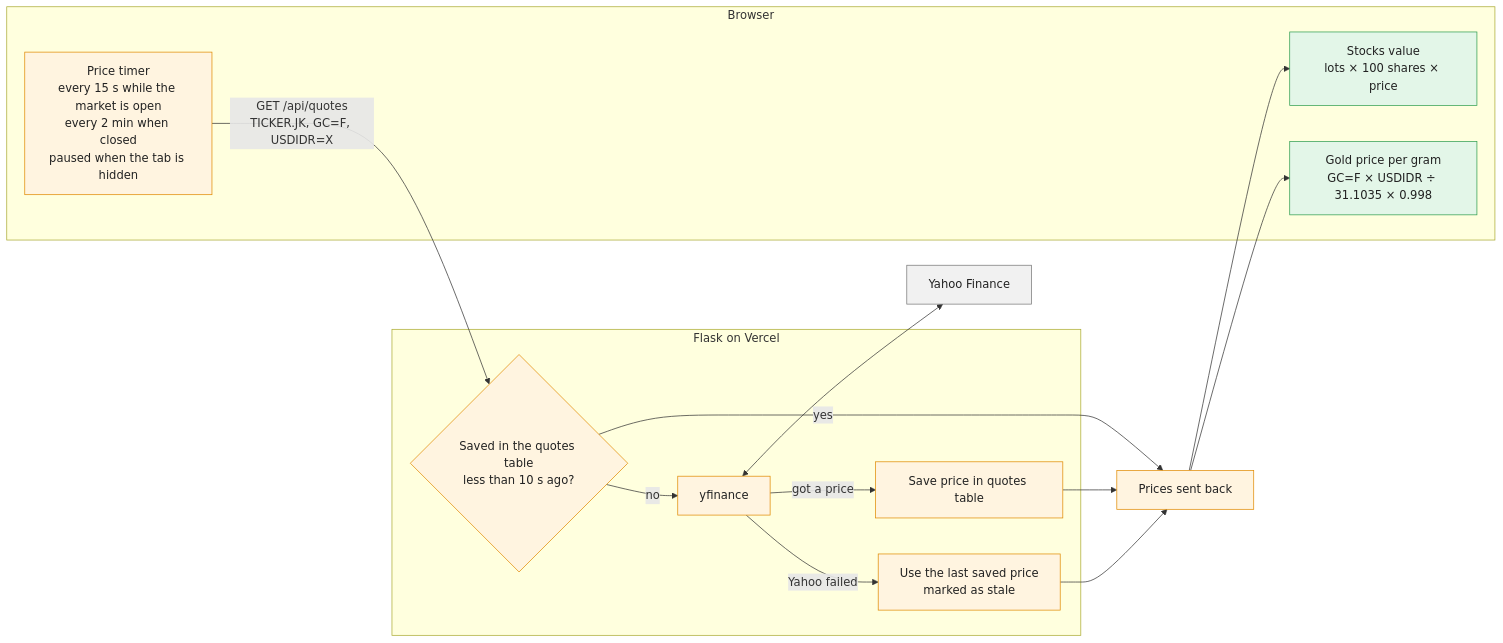
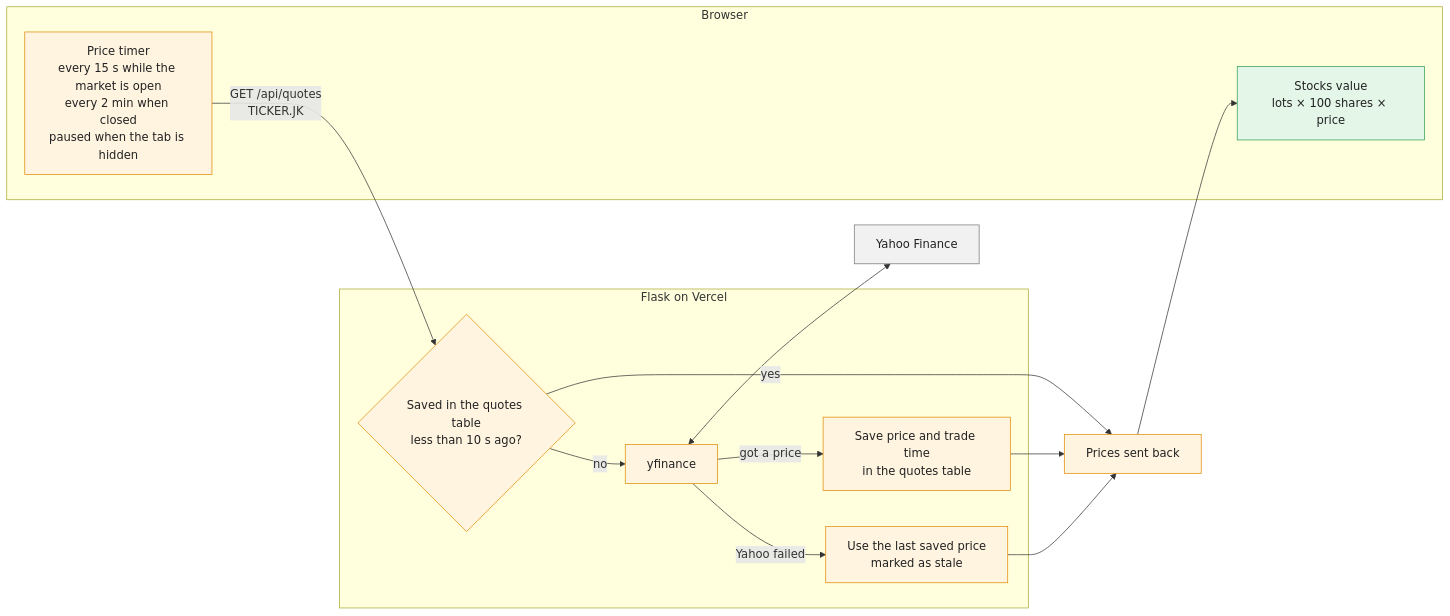
The fifth of 9 diagrams in README.md (darren7753/Personal-Finance), drawn with Mermaid before and after one commit. The commit also changed other lines of this file, not shown here.

Commit message:
README: Treasury gold feed, Stockbit-exact stock maths, Finance summary picture, updated diagrams

````diff
--- a/README.md
+++ b/README.md
@@ -166,33 +175,31 @@
 ```mermaid
 flowchart LR
     subgraph browser["Browser"]
         POLL["Price timer<br/>every 15 s while the market is open<br/>every 2 min when closed<br/>paused when the tab is hidden"]
         STK["Stocks value<br/>lots × 100 shares × price"]
-        GLD["Gold price per gram<br/>GC=F × USDIDR ÷ 31.1035 × 0.998"]
     end
 
     subgraph server["Flask on Vercel"]
         CHK{"Saved in the quotes table<br/>less than 10 s ago?"}
         YF["yfinance"]
-        SAVE["Save price in quotes table"]
+        SAVE["Save price and trade time<br/>in the quotes table"]
         OLD["Use the last saved price<br/>marked as stale"]
     end
 
     YAHOO["Yahoo Finance"]
 
-    POLL -- "GET /api/quotes<br/>TICKER.JK, GC=F, USDIDR=X" --> CHK
+    POLL -- "GET /api/quotes<br/>TICKER.JK" --> CHK
     CHK -- "yes" --> OUT["Prices sent back"]
     CHK -- "no" --> YF
     YF <--> YAHOO
     YF -- "got a price" --> SAVE --> OUT
     YF -- "Yahoo failed" --> OLD --> OUT
     OUT --> STK
-    OUT --> GLD
 
     classDef app fill:#fff4e0,stroke:#e08a00,color:#222
     classDef ext fill:#f1f1f1,stroke:#777,color:#222
     classDef calc fill:#e3f6e8,stroke:#2e9d4f,color:#222
     class POLL,CHK,YF,SAVE,OLD,OUT app
     class YAHOO ext
-    class STK,GLD calc
+    class STK calc
 ```
````
